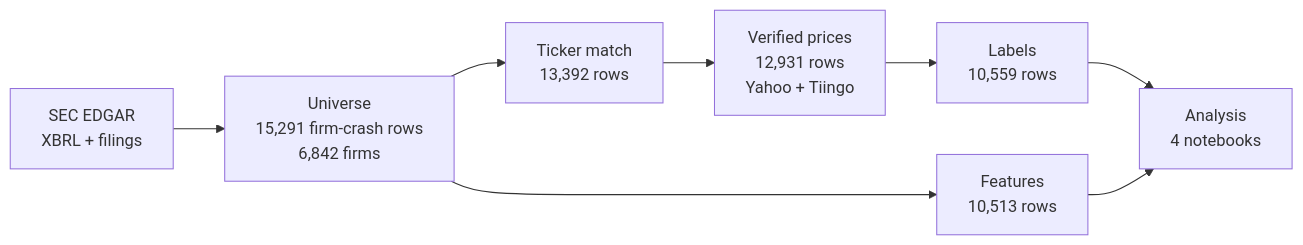
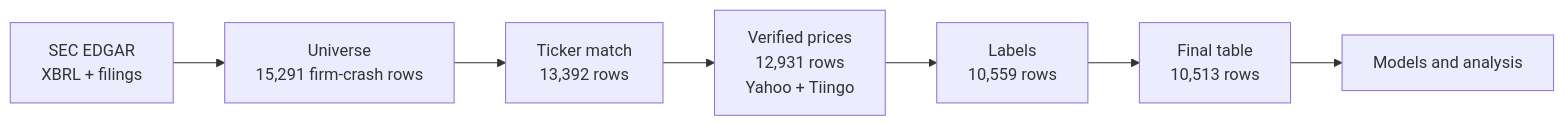
The diagram in README.md (raajbanga/crashRecovery), drawn with Mermaid before and after one commit. The commit also changed other lines of this file and 1 other file, not shown here.

First line of the commit message:
Rewrite README around the final results

````diff
--- a/README.md
+++ b/README.md
@@ -37,10 +49,9 @@
 ```mermaid
 flowchart LR
-    A["SEC EDGAR<br/>XBRL + filings"] --> B["Universe<br/>15,291 firm-crash rows<br/>6,842 firms"]
+    A["SEC EDGAR<br/>XBRL + filings"] --> B["Universe<br/>15,291 firm-crash rows"]
     B --> C["Ticker match<br/>13,392 rows"]
     C --> D["Verified prices<br/>12,931 rows<br/>Yahoo + Tiingo"]
     D --> E["Labels<br/>10,559 rows"]
-    B --> F["Features<br/>10,513 rows"]
-    E --> G["Analysis<br/>4 notebooks"]
-    F --> G
+    E --> F["Final table<br/>10,513 rows"]
+    F --> G["Models and analysis"]
 ```
````
